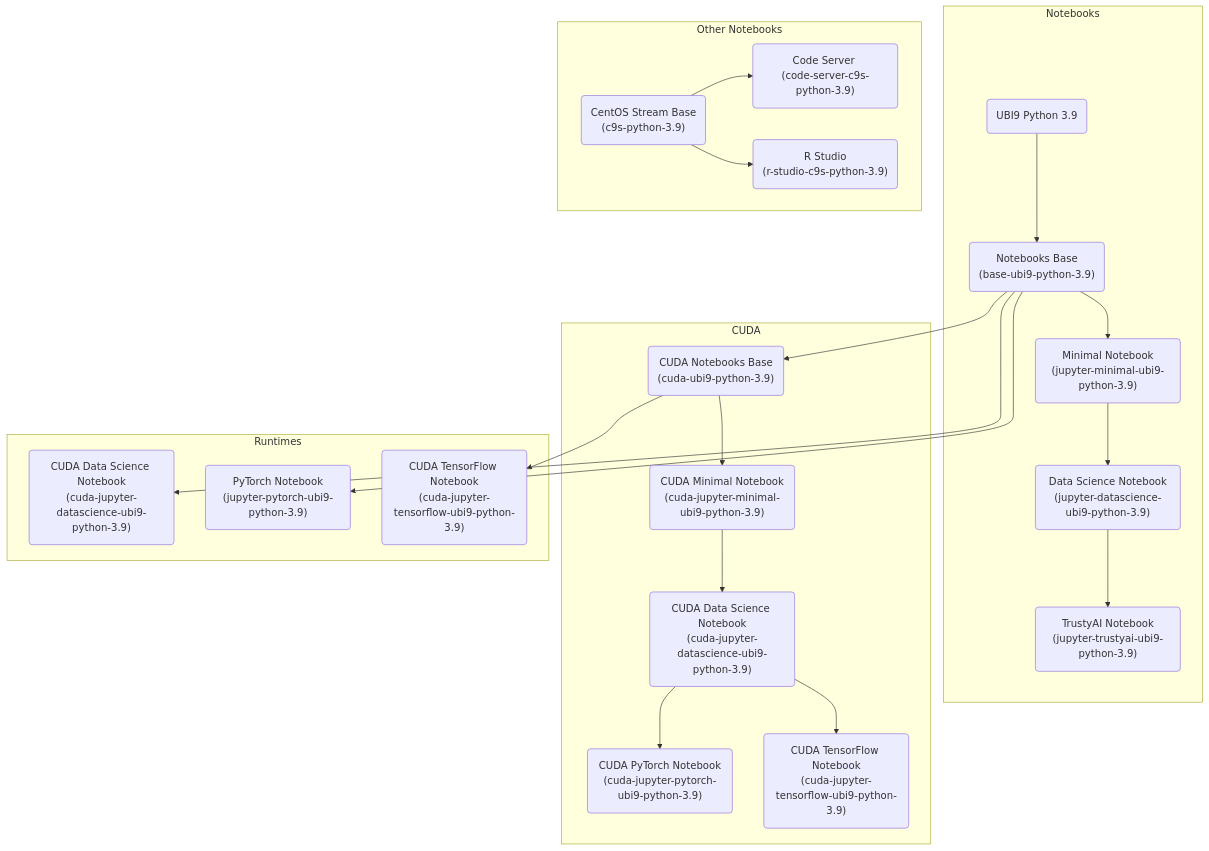
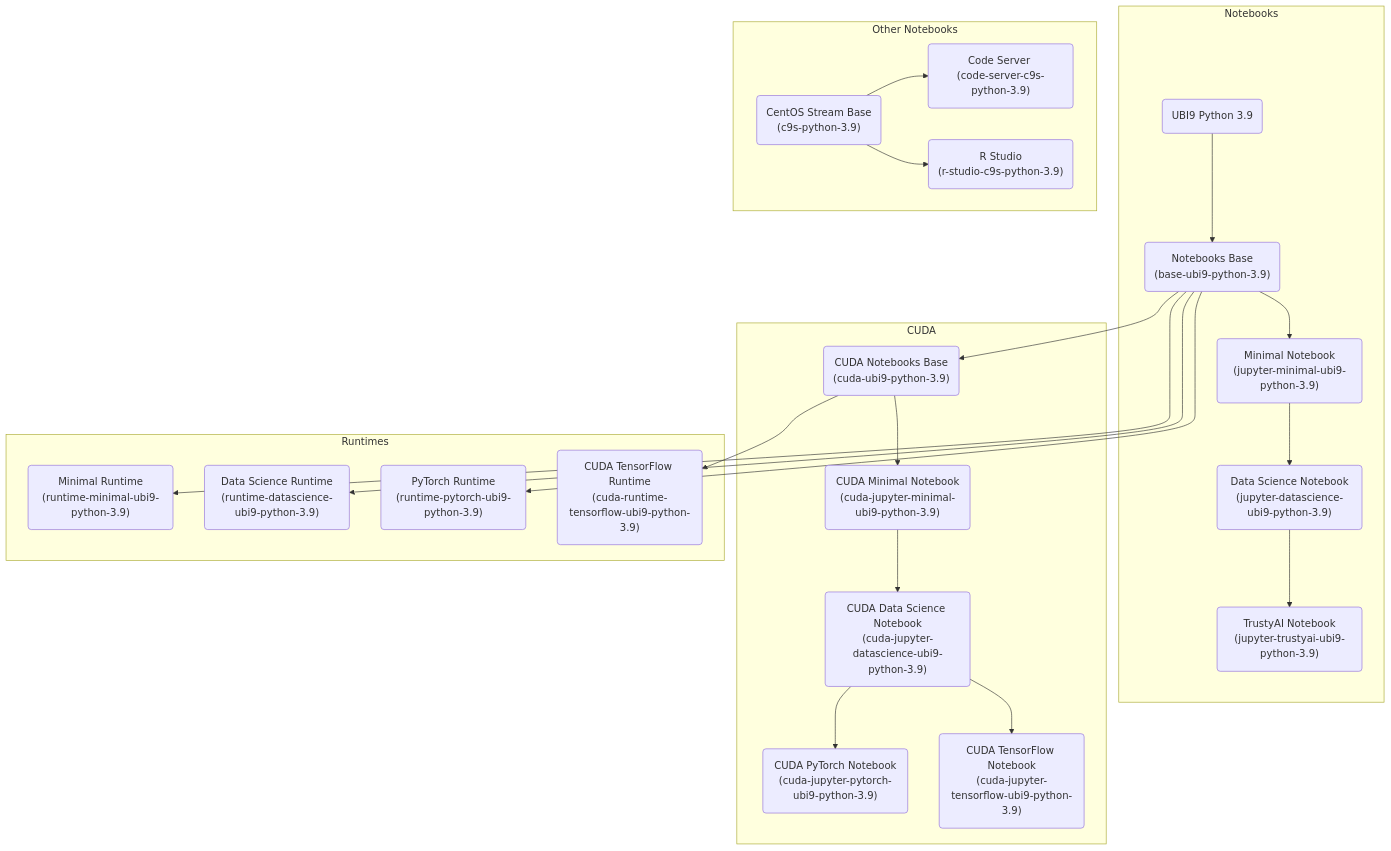
Before and after one commit to opendatahub-io/notebooks: the second of 2 diagrams in README.md, drawn with Mermaid. The commit also changed other lines of this file and 39 other files, not shown here.

````diff
--- a/README.md
+++ b/README.md
@@ -58,57 +60,59 @@
 ```mermaid
 graph TB
     subgraph Notebooks
         %% Nodes
         ubi9-python-3.9(UBI9 Python 3.9);
         base-ubi9-python-3.9("Notebooks Base<br/>(base-ubi9-python-3.9)");
         jupyter-minimal-ubi9-python-3.9("Minimal Notebook<br/>(jupyter-minimal-ubi9-python-3.9)");
         jupyter-datascience-ubi9-python-3.9("Data Science Notebook<br/>(jupyter-datascience-ubi9-python-3.9)");
         jupyter-trustyai-ubi9-python-3.9("TrustyAI Notebook<br/>(jupyter-trustyai-ubi9-python-3.9)");
 
         %% Edges
         ubi9-python-3.9 --> base-ubi9-python-3.9;
         base-ubi9-python-3.9 --> jupyter-minimal-ubi9-python-3.9;
         jupyter-minimal-ubi9-python-3.9 --> jupyter-datascience-ubi9-python-3.9;
         jupyter-datascience-ubi9-python-3.9 --> jupyter-trustyai-ubi9-python-3.9;
     end
 
     subgraph CUDA
         %% Nodes
         cuda-ubi9-python-3.9("CUDA Notebooks Base<br/>(cuda-ubi9-python-3.9)");
         cuda-jupyter-minimal-ubi9-python-3.9("CUDA Minimal Notebook<br/>(cuda-jupyter-minimal-ubi9-python-3.9)");
         cuda-jupyter-datascience-ubi9-python-3.9("CUDA Data Science Notebook<br/>(cuda-jupyter-datascience-ubi9-python-3.9)");
         cuda-jupyter-pytorch-ubi9-python-3.9("CUDA PyTorch Notebook<br/>(cuda-jupyter-pytorch-ubi9-python-3.9)");
         cuda-jupyter-tensorflow-ubi9-python-3.9("CUDA TensorFlow Notebook<br/>(cuda-jupyter-tensorflow-ubi9-python-3.9)");
 
         %% Edges
         base-ubi9-python-3.9 --> cuda-ubi9-python-3.9;
         cuda-ubi9-python-3.9 --> cuda-jupyter-minimal-ubi9-python-3.9;
         cuda-jupyter-minimal-ubi9-python-3.9 --> cuda-jupyter-datascience-ubi9-python-3.9;
         cuda-jupyter-datascience-ubi9-python-3.9 --> cuda-jupyter-pytorch-ubi9-python-3.9;
         cuda-jupyter-datascience-ubi9-python-3.9 --> cuda-jupyter-tensorflow-ubi9-python-3.9;
     end
 
     subgraph Runtimes
         %% Nodes
-        runtimes-datascience-ubi9-python-3.9("CUDA Data Science Notebook<br/>(cuda-jupyter-datascience-ubi9-python-3.9)");
-        runtimes-pytorch-ubi9-python-3.9("PyTorch Notebook<br/>(jupyter-pytorch-ubi9-python-3.9)");
-        cuda-runtimes-tensorflow-ubi9-python-3.9("CUDA TensorFlow Notebook<br/>(cuda-jupyter-tensorflow-ubi9-python-3.9)");
+        runtimes-minimal-ubi9-python-3.9("Minimal Runtime<br/>(runtime-minimal-ubi9-python-3.9)");
+        runtimes-datascience-ubi9-python-3.9("Data Science Runtime<br/>(runtime-datascience-ubi9-python-3.9)");
+        runtimes-pytorch-ubi9-python-3.9("PyTorch Runtime<br/>(runtime-pytorch-ubi9-python-3.9)");
+        cuda-runtimes-tensorflow-ubi9-python-3.9("CUDA TensorFlow Runtime<br/>(cuda-runtime-tensorflow-ubi9-python-3.9)");
 
         %% Edges
+        base-ubi9-python-3.9 --> runtimes-minimal-ubi9-python-3.9;
         base-ubi9-python-3.9 --> runtimes-datascience-ubi9-python-3.9;
         base-ubi9-python-3.9 --> runtimes-pytorch-ubi9-python-3.9;
         cuda-ubi9-python-3.9 --> cuda-runtimes-tensorflow-ubi9-python-3.9;
     end
 
     subgraph Other Notebooks
         %% Nodes
         c9s-python-3.9("CentOS Stream Base<br/>(c9s-python-3.9)");
         code-server-c9s-python-3.9("Code Server <br/>(code-server-c9s-python-3.9)");
         r-studio-c9s-python-3.9("R Studio <br/>(r-studio-c9s-python-3.9)");
 
         %% Edges
         c9s-python-3.9 --> code-server-c9s-python-3.9;
         c9s-python-3.9 --> r-studio-c9s-python-3.9;
     end
 
 ```
````
